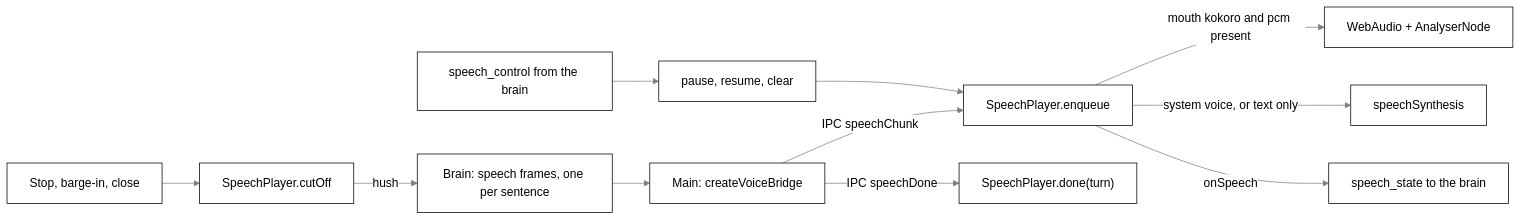
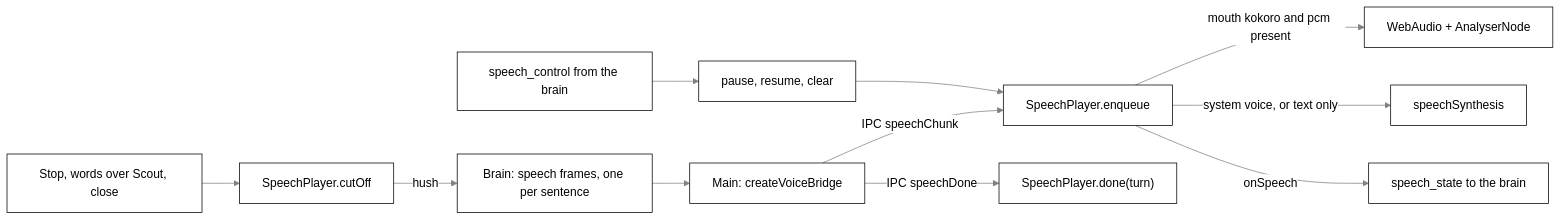
The fifth of 5 diagrams in docs/voice.md (nadeem4/tagalong), drawn with Mermaid before and after one commit. The commit also changed other lines of this file and 23 other files, not shown here.

````diff
--- a/docs/voice.md
+++ b/docs/voice.md
@@ -493,12 +496,12 @@
 ```mermaid
 %%{init: {"theme": "base", "themeVariables": {"primaryColor": "#ffffff", "primaryTextColor": "#000000", "primaryBorderColor": "#000000", "lineColor": "#808080", "arrowheadColor": "#808080", "secondaryColor": "#f2f2f2", "tertiaryColor": "#ffffff", "clusterBkg": "#f7f7f7", "clusterBorder": "#808080", "edgeLabelBackground": "#ffffff", "titleColor": "#808080", "actorBkg": "#ffffff", "actorBorder": "#000000", "actorTextColor": "#000000", "actorLineColor": "#808080", "signalColor": "#808080", "signalTextColor": "#808080", "sequenceNumberColor": "#ffffff", "labelBoxBkgColor": "#ffffff", "labelBoxBorderColor": "#808080", "labelTextColor": "#000000", "loopTextColor": "#808080", "noteBkgColor": "#f7f7f7", "noteBorderColor": "#808080", "noteTextColor": "#000000", "activationBkgColor": "#f7f7f7", "activationBorderColor": "#808080", "fontFamily": "Segoe UI, Helvetica, Arial, sans-serif"}}}%%
 flowchart LR
   B["Brain: speech frames, one per sentence"] --> VB["Main: createVoiceBridge"]
   VB -->|"IPC speechChunk"| SP["SpeechPlayer.enqueue"]
   VB -->|"IPC speechDone"| SD["SpeechPlayer.done(turn)"]
   SP -->|"mouth kokoro and pcm present"| WA["WebAudio + AnalyserNode"]
   SP -->|"system voice, or text only"| SY["speechSynthesis"]
-  ST["Stop, barge-in, close"] --> PS["SpeechPlayer.cutOff"] -->|"hush"| B
+  ST["Stop, words over Scout, close"] --> PS["SpeechPlayer.cutOff"] -->|"hush"| B
   CT["speech_control from the brain"] --> AC["pause, resume, clear"] --> SP
   SP -->|"onSpeech"| SS["speech_state to the brain"]
 ```
````
